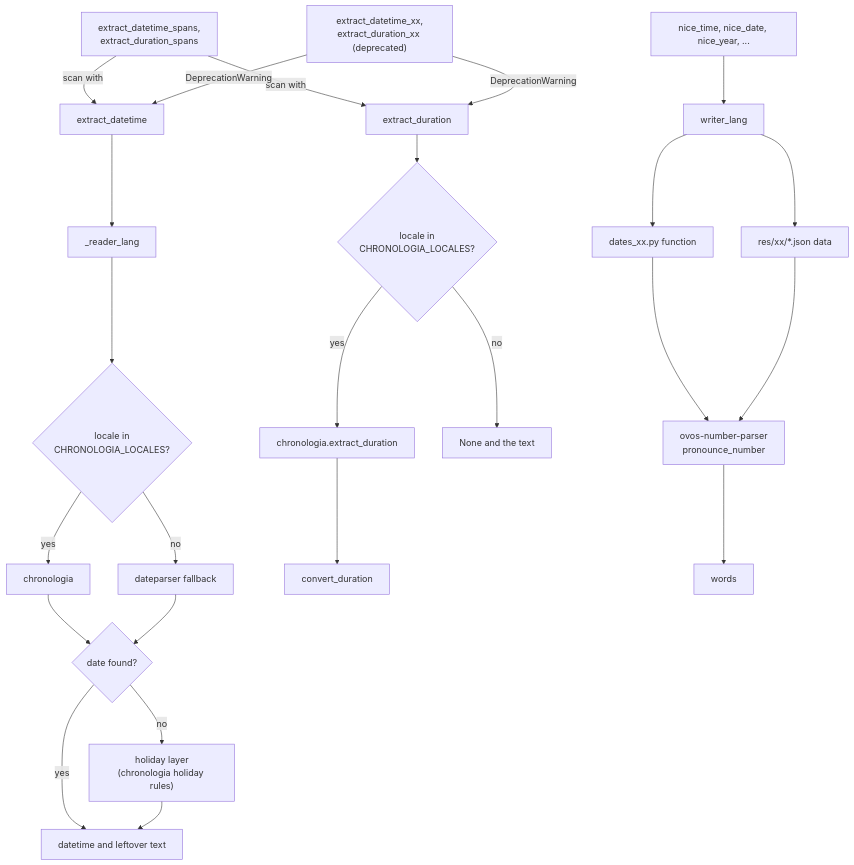
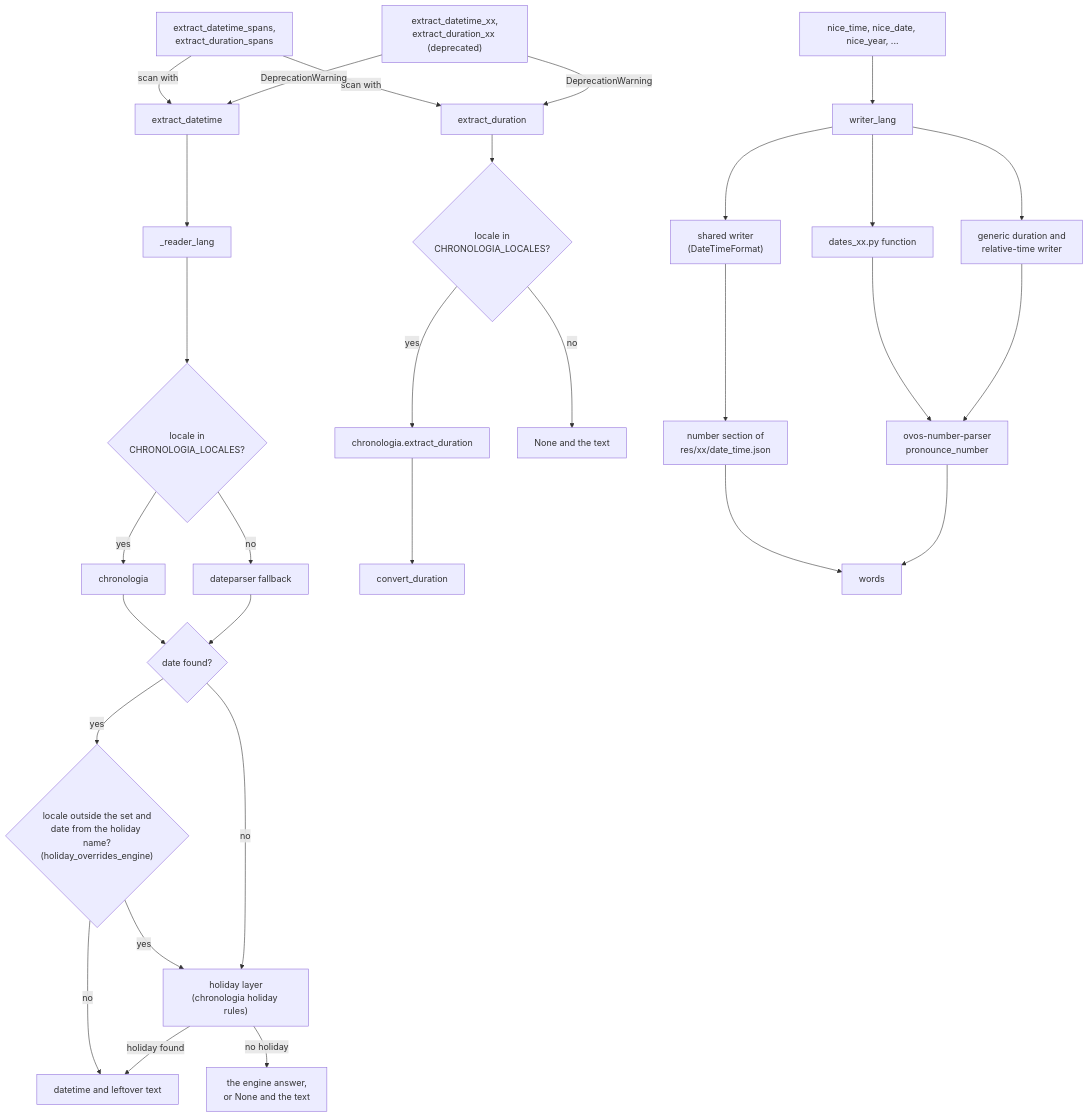
The diagram in docs/how-it-works.md (OpenVoiceOS/ovos-date-parser), drawn with Mermaid before and after one commit. The commit also changed other lines of this file and 6 other files, not shown here.

````diff
--- a/docs/how-it-works.md
+++ b/docs/how-it-works.md
@@ -43,24 +46,31 @@
 ```mermaid
 flowchart TD
     X["extract_datetime"] --> L["_reader_lang"]
     L --> C{"locale in<br/>CHRONOLOGIA_LOCALES?"}
     C -- yes --> CH["chronologia"]
     C -- no --> DP["dateparser fallback"]
     CH --> R{"date found?"}
     DP --> R
-    R -- yes --> A["datetime and leftover text"]
-    R -- no --> H["holiday layer<br/>(chronologia holiday rules)"] --> A
+    R -- yes --> O{"locale outside the set and<br/>date from the holiday name?<br/>(holiday_overrides_engine)"}
+    O -- no --> A["datetime and leftover text"]
+    O -- yes --> H
+    R -- no --> H["holiday layer<br/>(chronologia holiday rules)"]
+    H -- "holiday found" --> A
+    H -- "no holiday" --> E["the engine answer,<br/>or None and the text"]
     DU["extract_duration"] --> C2{"locale in<br/>CHRONOLOGIA_LOCALES?"}
     C2 -- yes --> CHD["chronologia.extract_duration"] --> CV["convert_duration"]
     C2 -- no --> NONE["None and the text"]
     SP["extract_datetime_spans,<br/>extract_duration_spans"] -- "scan with" --> X
     SP -- "scan with" --> DU
     DEP["extract_datetime_xx,<br/>extract_duration_xx (deprecated)"] -- "DeprecationWarning" --> X
     DEP -- "DeprecationWarning" --> DU
     N["nice_time, nice_date, nice_year, ..."] --> W["writer_lang"]
     W --> M["dates_xx.py function"]
-    W --> J["res/xx/*.json data"]
+    W --> SH["shared writer<br/>(DateTimeFormat)"]
+    W --> G["generic duration and<br/>relative-time writer"]
+    SH --> J["number section of<br/>res/xx/date_time.json"]
     M --> NP["ovos-number-parser<br/>pronounce_number"]
-    J --> NP
-    NP --> S["words"]
+    G --> NP
+    J --> S["words"]
+    NP --> S
 ```
````
